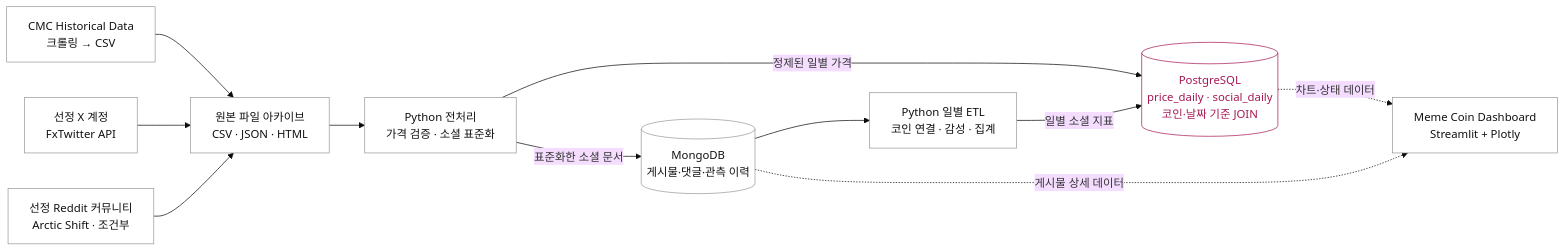
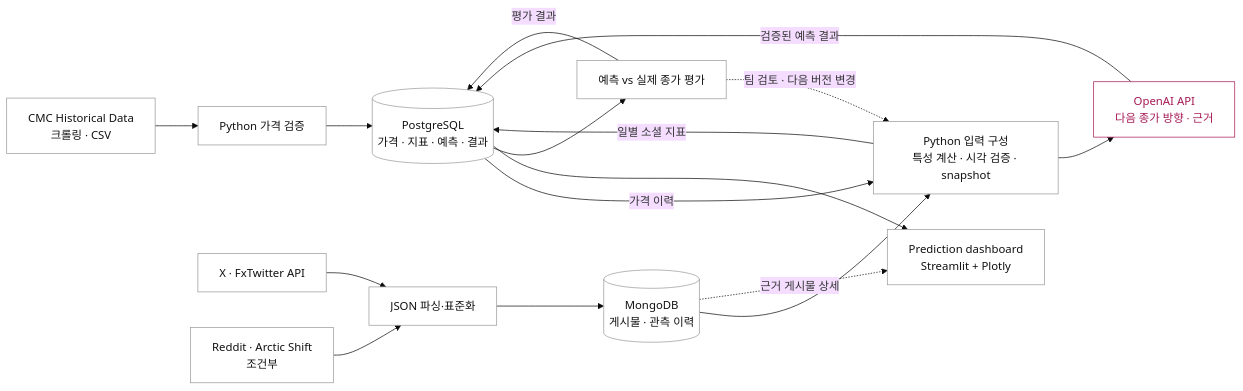
One commit to Basten1209/idsc501 changed the diagram in architecture/system-design.md. Above: the diagram before and after it, drawn with Mermaid (base theme). The commit also changed other lines of this file and 16 other files, not shown here.

````diff
--- a/architecture/system-design.md
+++ b/architecture/system-design.md
@@ -26,17 +27,22 @@
 ```mermaid
 flowchart LR
-    C["CMC Historical Data<br/>크롤링 → CSV"] --> RAW["원본 파일 아카이브<br/>CSV · JSON · HTML"]
-    X["선정 X 계정<br/>FxTwitter API"] --> RAW
-    R["선정 Reddit 커뮤니티<br/>Arctic Shift · 조건부"] --> RAW
-    RAW --> P["Python 전처리<br/>가격 검증 · 소셜 표준화"]
-    P -- "정제된 일별 가격" --> PG[("PostgreSQL<br/>price_daily · social_daily<br/>코인·날짜 기준 JOIN")]
-    P -- "표준화한 소셜 문서" --> M[("MongoDB<br/>게시물·댓글·관측 이력")]
-    M --> ETL["Python 일별 ETL<br/>코인 연결 · 감성 · 집계"]
-    ETL -- "일별 소셜 지표" --> PG
-    PG -. "차트·상태 데이터" .-> APP["Meme Coin Dashboard<br/>Streamlit + Plotly"]
-    M -. "게시물 상세 데이터" .-> APP
+    C["CMC Historical Data<br/>크롤링 · CSV"] --> V["Python 가격 검증"]
+    V --> PG[("PostgreSQL<br/>가격 · 지표 · 예측 · 결과")]
+    X["X · FxTwitter API"] --> N["JSON 파싱·표준화"]
+    R["Reddit · Arctic Shift<br/>조건부"] --> N
+    N --> M[("MongoDB<br/>게시물 · 관측 이력")]
+    M --> F["Python 입력 구성<br/>특성 계산 · 시각 검증 · snapshot"]
+    PG -- "가격 이력" --> F
+    F -- "일별 소셜 지표" --> PG
+    F --> L["OpenAI API<br/>다음 종가 방향 · 근거"]
+    L -- "검증된 예측 결과" --> PG
+    PG --> APP["Prediction dashboard<br/>Streamlit + Plotly"]
+    M -. "근거 게시물 상세" .-> APP
+    PG --> E["예측 vs 실제 종가 평가"]
+    E -- "평가 결과" --> PG
+    E -. "팀 검토 · 다음 버전 변경" .-> F
     classDef plain fill:#FFFFFF,stroke:#999999,color:#111111;
     classDef accent fill:#FFFFFF,stroke:#A61955,color:#A61955;
-    class C,X,R,RAW,P,M,ETL,APP plain;
-    class PG accent;
+    class C,V,X,R,N,M,F,PG,APP,E plain;
+    class L accent;
 ```
````
